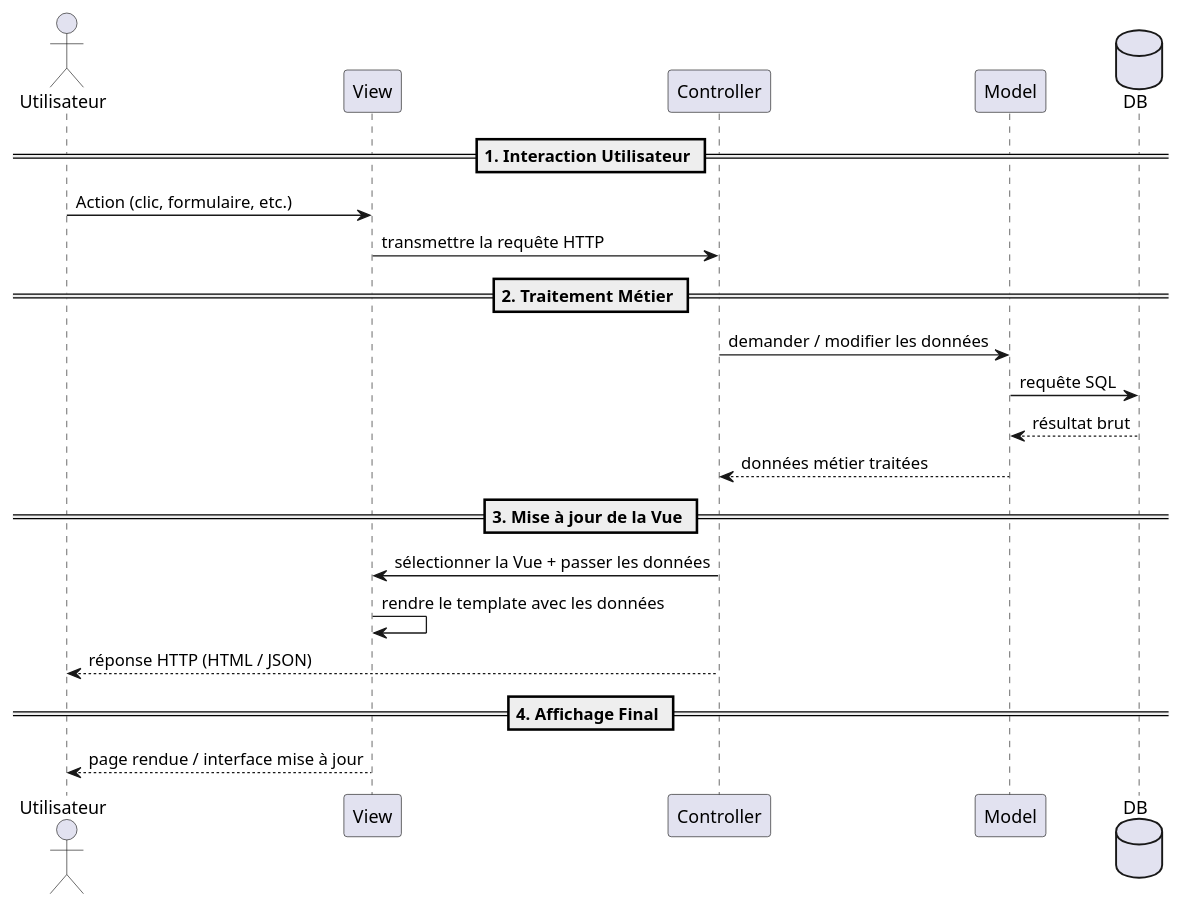
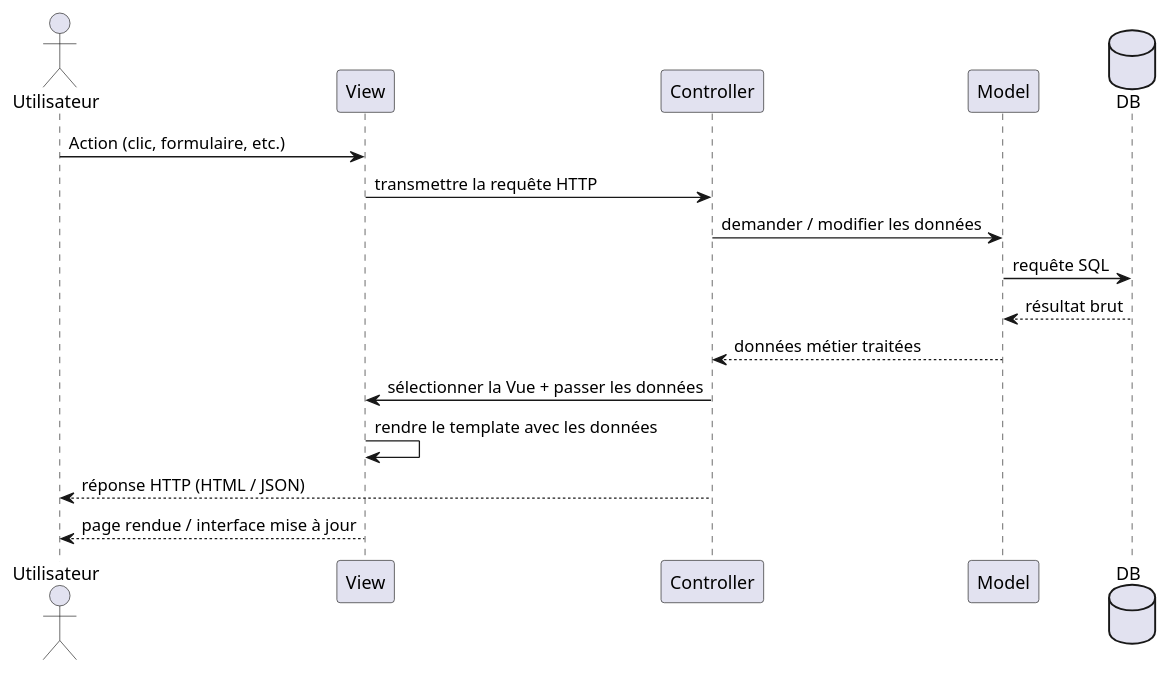
The diagram in diagramme/MVC_technique.puml (KaloinaRandria/AFG-approv-achat), drawn with PlantUML before and after one commit. The commit also changed 1 other file, not shown here.

```diff
--- a/diagramme/MVC_technique.puml
+++ b/diagramme/MVC_technique.puml
@@ -1,32 +1,32 @@
 @startuml
 'https://plantuml.com/sequence-diagram
 
 actor Utilisateur
 participant View
 participant Controller
 participant Model
 database DB
 
-== 1. Interaction Utilisateur ==
+
 
 Utilisateur -> View : Action (clic, formulaire, etc.)
 View -> Controller : transmettre la requête HTTP
 
-== 2. Traitement Métier ==
+
 
 Controller -> Model : demander / modifier les données
 Model -> DB : requête SQL
 DB --> Model : résultat brut
 Model --> Controller : données métier traitées
 
-== 3. Mise à jour de la Vue ==
+
 
 Controller -> View : sélectionner la Vue + passer les données
 View -> View : rendre le template avec les données
 Controller --> Utilisateur : réponse HTTP (HTML / JSON)
 
-== 4. Affichage Final ==
+
 
 View --> Utilisateur : page rendue / interface mise à jour
 
 @enduml
```
